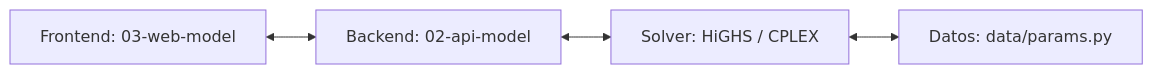
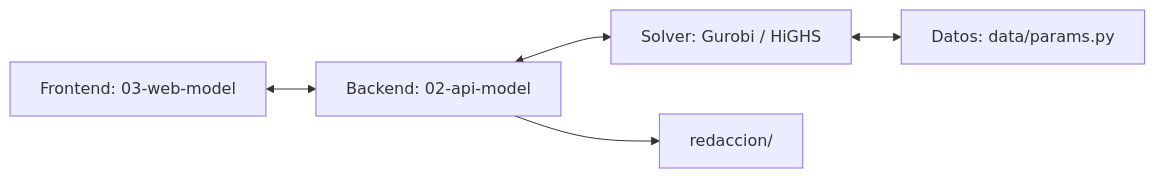
The diagram in README.md (kevinrodriguezquintero-alt/OPM_CSC_V3), drawn with Mermaid before and after one commit. The commit also changed other lines of this file and 3 other files, not shown here.

````diff
--- a/README.md
+++ b/README.md
@@ -14,6 +14,7 @@
 ```mermaid
 graph LR
     UI[Frontend: 03-web-model] <--> API[Backend: 02-api-model]
-    API <--> OPT[Solver: HiGHS / CPLEX]
+    API <--> OPT[Solver: Gurobi / HiGHS]
     OPT <--> DATA[Datos: data/params.py]
+    API --> RED[redaccion/]
 ```
````
